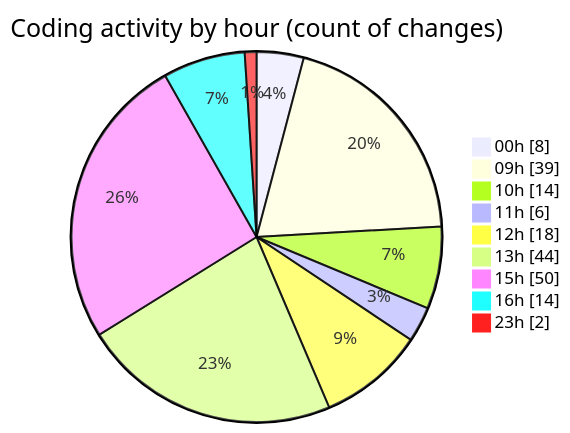
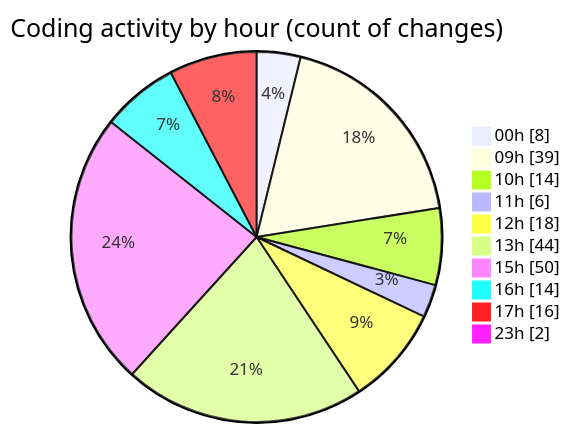
One commit to momahboobian/code-tracking changed the second of 2 diagrams in 2025-12-18/cda/README.md. Above: the diagram before and after it, drawn with Mermaid. The commit also changed other lines of this file and 1 other file, not shown here.

````diff
--- a/2025-12-18/cda/README.md
+++ b/2025-12-18/cda/README.md
@@ -101,13 +103,14 @@
 ```mermaid
 pie showData
 title Coding activity by hour (count of changes)
 "00h" : 8
 "09h" : 39
 "10h" : 14
 "11h" : 6
 "12h" : 18
 "13h" : 44
 "15h" : 50
 "16h" : 14
+"17h" : 16
 "23h" : 2
 ```
````
